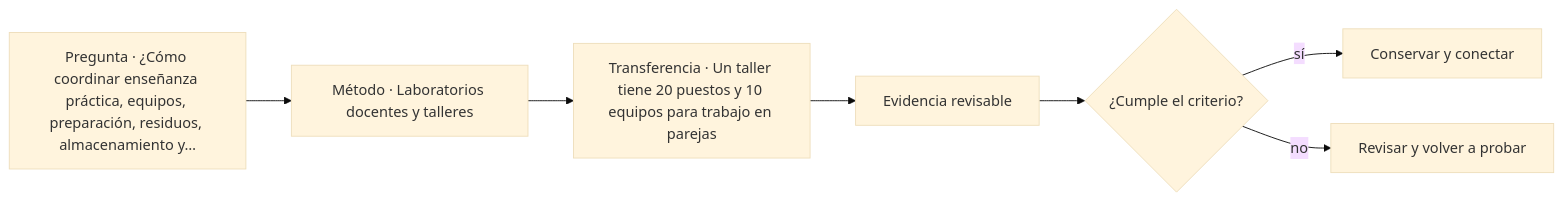
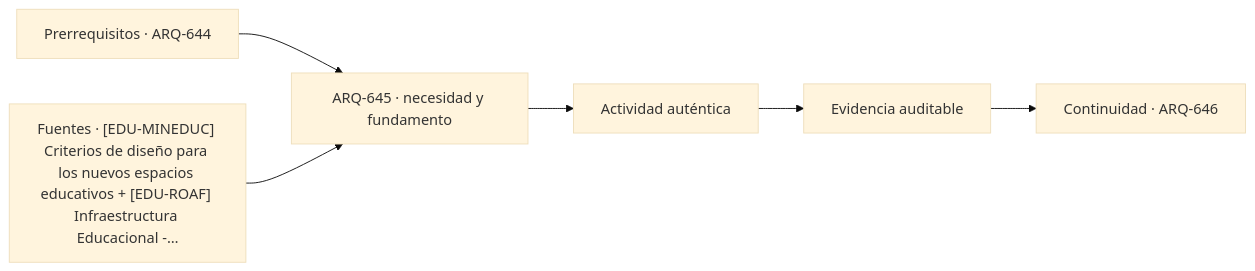
Before and after one commit to vladimiracunadev-create/architecture-built-environment-learning-program: the diagram in classes/parte-65/ARQ-645.md, drawn with Mermaid (base theme). The commit also changed other lines of this file and 761 other files, not shown here.

````diff
--- a/classes/parte-65/ARQ-645.md
+++ b/classes/parte-65/ARQ-645.md
@@ -66,9 +78,8 @@
 ```mermaid
 flowchart LR
-    Q["Pregunta · ¿Cómo coordinar enseñanza práctica, equipos, preparación, residuos, almacenamiento y…"] --> M["Método · Laboratorios docentes y talleres"]
-    M --> P["Transferencia · Un taller tiene 20 puestos y 10 equipos para trabajo en parejas"]
-    P --> E["Evidencia revisable"]
-    E --> C{"¿Cumple el criterio?"}
-    C -->|sí| T["Conservar y conectar"]
-    C -->|no| R["Revisar y volver a probar"]
+    A["Prerrequisitos · ARQ-644"] --> B["ARQ-645 · necesidad y fundamento"]
+    S["Fuentes · [EDU-MINEDUC] Criterios de diseño para los nuevos espacios educativos + [EDU-ROAF] Infraestructura Educacional -…"] --> B
+    B --> C["Actividad auténtica"]
+    C --> D["Evidencia auditable"]
+    D --> E["Continuidad · ARQ-646"]
 ```
````
